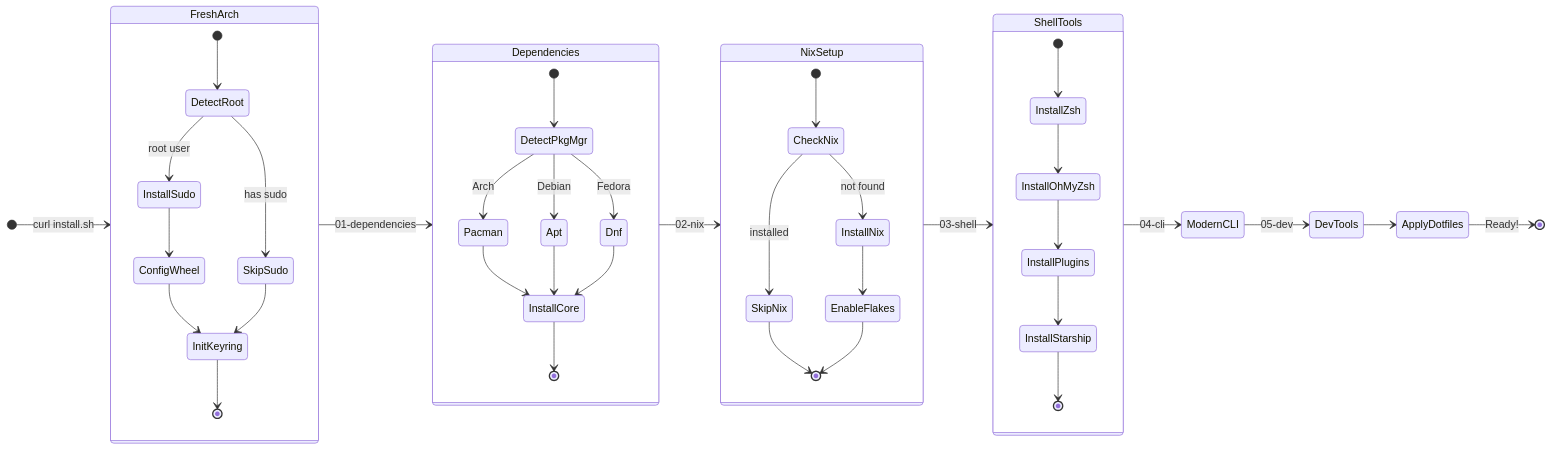
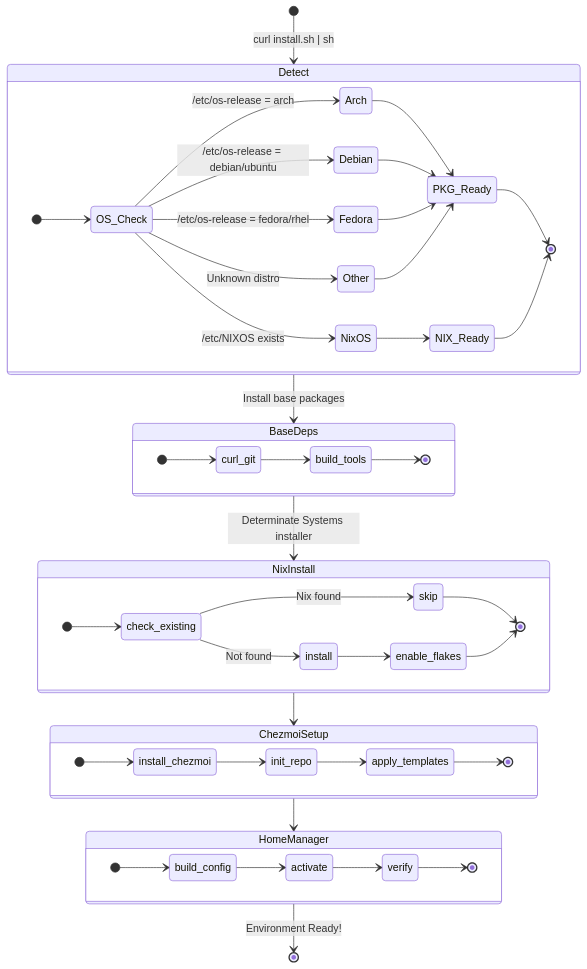
One commit to Yuzu02/dotfiles changed the seventh of 9 diagrams in README.md. Above: the diagram before and after it, drawn with Mermaid. The commit also changed other lines of this file and 6 other files, not shown here.

First line of the commit message:
feat(setup): :sparkles: Update Home Manager configurations and install script for 2025/2026 best practices

````diff
--- a/README.md
+++ b/README.md
@@ -270,57 +418,68 @@
 ```mermaid
 stateDiagram-v2
-    direction LR
-    [*] --> FreshArch: curl install.sh
-
-    state FreshArch {
-        direction TB
-        [*] --> DetectRoot
-        DetectRoot --> InstallSudo: root user
-        DetectRoot --> SkipSudo: has sudo
-        InstallSudo --> ConfigWheel
-        ConfigWheel --> InitKeyring
-        SkipSudo --> InitKeyring
-        InitKeyring --> [*]
+    direction TB
+    
+    [*] --> Detect: curl install.sh | sh
+    
+    state Detect {
+        direction LR
+        [*] --> OS_Check
+        OS_Check --> Arch: /etc/os-release = arch
+        OS_Check --> Debian: /etc/os-release = debian/ubuntu
+        OS_Check --> Fedora: /etc/os-release = fedora/rhel
+        OS_Check --> NixOS: /etc/NIXOS exists
+        OS_Check --> Other: Unknown distro
+        
+        Arch --> PKG_Ready
+        Debian --> PKG_Ready
+        Fedora --> PKG_Ready
+        NixOS --> NIX_Ready
+        Other --> PKG_Ready
+        
+        PKG_Ready --> [*]
+        NIX_Ready --> [*]
     }
-
-    FreshArch --> Dependencies: 01-dependencies
-
-    state Dependencies {
-        direction TB
-        [*] --> DetectPkgMgr
-        DetectPkgMgr --> Pacman: Arch
-        DetectPkgMgr --> Apt: Debian
-        DetectPkgMgr --> Dnf: Fedora
-        Pacman --> InstallCore
-        Apt --> InstallCore
-        Dnf --> InstallCore
-        InstallCore --> [*]
+    
+    Detect --> BaseDeps: Install base packages
+    
+    state BaseDeps {
+        direction LR
+        [*] --> curl_git
+        curl_git --> build_tools
+        build_tools --> [*]
     }
-
-    Dependencies --> NixSetup: 02-nix
     
-    state NixSetup {
-        [*] --> CheckNix
-        CheckNix --> SkipNix: installed
-        CheckNix --> InstallNix: not found
-        InstallNix --> EnableFlakes
-        SkipNix --> [*]
-        EnableFlakes --> [*]
+    BaseDeps --> NixInstall: Determinate Systems installer
+    
+    state NixInstall {
+        direction LR
+        [*] --> check_existing
+        check_existing --> skip: Nix found
+        check_existing --> install: Not found
+        install --> enable_flakes
+        skip --> [*]
+        enable_flakes --> [*]
     }
-
-    NixSetup --> ShellTools: 03-shell
-
-    state ShellTools {
-        direction TB
-        [*] --> InstallZsh
-        InstallZsh --> InstallOhMyZsh
-        InstallOhMyZsh --> InstallPlugins
-        InstallPlugins --> InstallStarship
-        InstallStarship --> [*]
+    
+    NixInstall --> ChezmoiSetup
+    
+    state ChezmoiSetup {
+        direction LR
+        [*] --> install_chezmoi
+        install_chezmoi --> init_repo
+        init_repo --> apply_templates
+        apply_templates --> [*]
     }
-
-    ShellTools --> ModernCLI: 04-cli
-    ModernCLI --> DevTools: 05-dev
-    DevTools --> ApplyDotfiles
-    ApplyDotfiles --> [*]: Ready!
+    
+    ChezmoiSetup --> HomeManager
+    
+    state HomeManager {
+        direction LR
+        [*] --> build_config
+        build_config --> activate
+        activate --> verify
+        verify --> [*]
+    }
+    
+    HomeManager --> [*]: Environment Ready!
 ```
````
